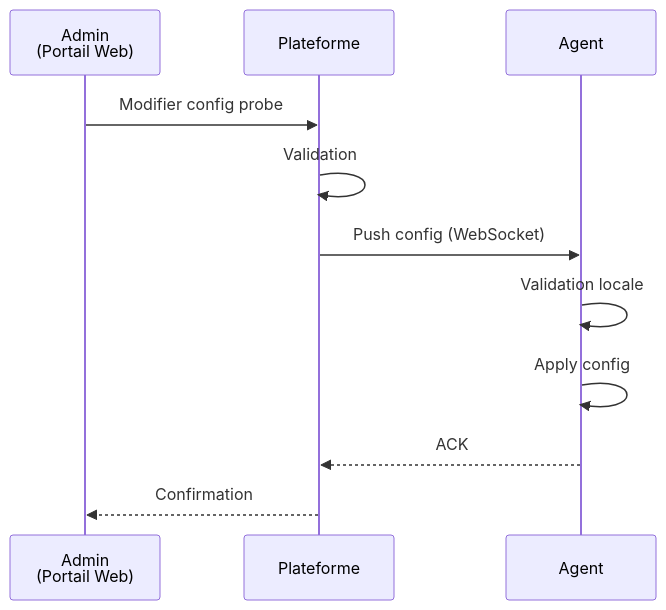
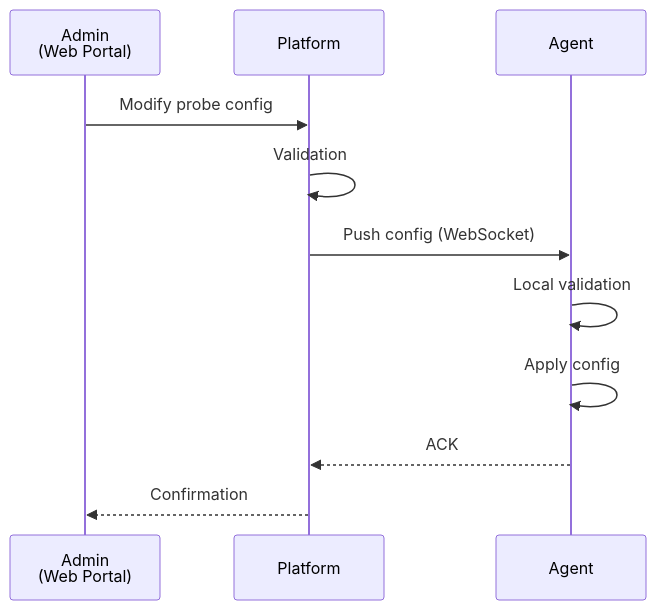
The sixth of 13 diagrams in docs/user-guide/OPERATING-MODES.md (senhub-io/senhub-agent), drawn with Mermaid before and after one commit. The commit also changed other lines of this file and 1 other file, not shown here.

````diff
--- a/docs/user-guide/OPERATING-MODES.md
+++ b/docs/user-guide/OPERATING-MODES.md
@@ -423,14 +423,14 @@
 ```mermaid
 sequenceDiagram
-    participant U as Admin<br/>(Portail Web)
-    participant P as Plateforme
+    participant U as Admin<br/>(Web Portal)
+    participant P as Platform
     participant A as Agent
 
-    U->>P: Modifier config probe
+    U->>P: Modify probe config
     P->>P: Validation
     P->>A: Push config (WebSocket)
-    A->>A: Validation locale
+    A->>A: Local validation
     A->>A: Apply config
     A-->>P: ACK
     P-->>U: Confirmation
 ```
````
